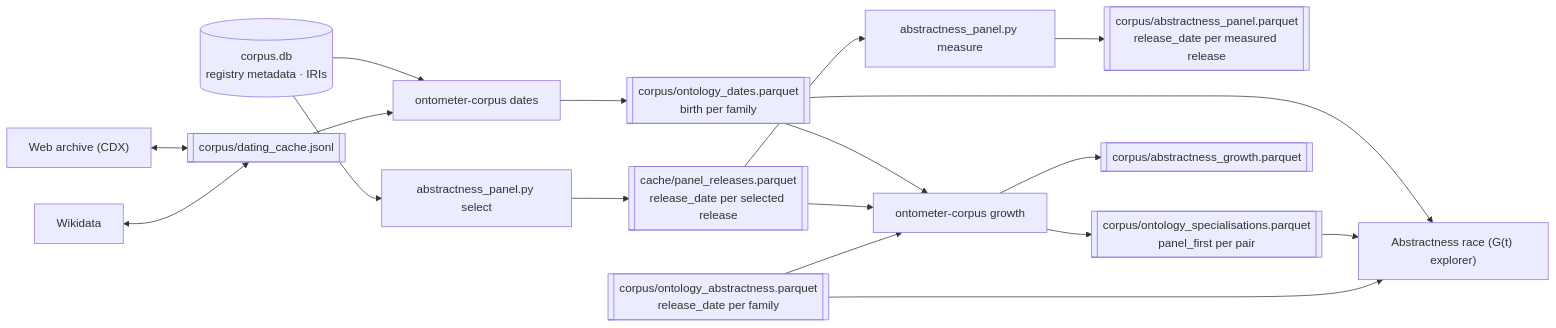
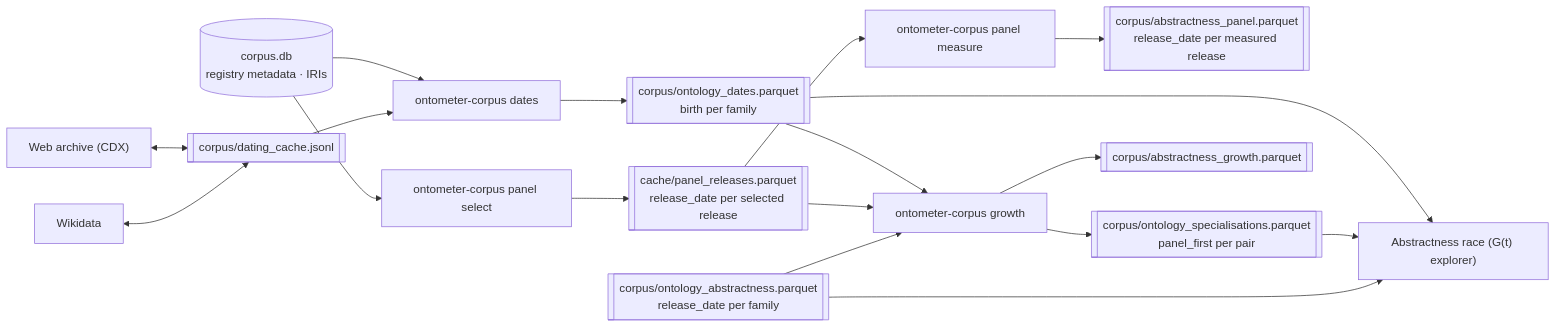
The diagram in docs/dates.md (growgraph/ontometer-corpus), drawn with Mermaid before and after one commit. The commit also changed 13 other files, not shown here.

````diff
--- a/docs/dates.md
+++ b/docs/dates.md
@@ -17,31 +17,31 @@
 ```mermaid
 flowchart LR
     DB[("corpus.db<br/>registry metadata · IRIs")]
     WA["Web archive (CDX)"]
     WD["Wikidata"]
     C[["corpus/dating_cache.jsonl"]]
     OD["ontometer-corpus dates"]
     D[["corpus/ontology_dates.parquet<br/>birth per family"]]
-    PS["abstractness_panel.py select"]
-    PM["abstractness_panel.py measure"]
+    PS["ontometer-corpus panel select"]
+    PM["ontometer-corpus panel measure"]
     PR[["cache/panel_releases.parquet<br/>release_date per selected release"]]
     AP[["corpus/abstractness_panel.parquet<br/>release_date per measured release"]]
     OA[["corpus/ontology_abstractness.parquet<br/>release_date per family"]]
     G["ontometer-corpus growth"]
     S[["corpus/ontology_specialisations.parquet<br/>panel_first per pair"]]
     AG[["corpus/abstractness_growth.parquet"]]
     V["Abstractness race (G(t) explorer)"]
     WA <--> C
     WD <--> C
     DB --> OD
     C --> OD --> D
     DB --> PS --> PR --> PM --> AP
     D --> G
     PR --> G
     OA --> G
     G --> S
     G --> AG
     D --> V
     S --> V
     OA --> V
 ```
````
